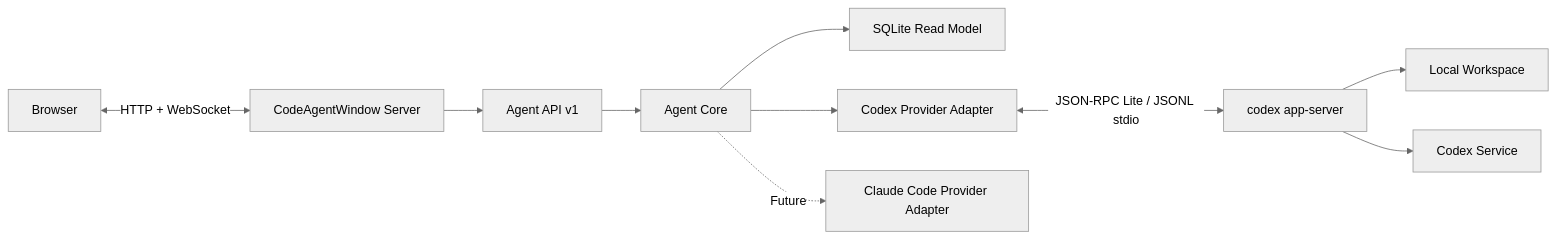
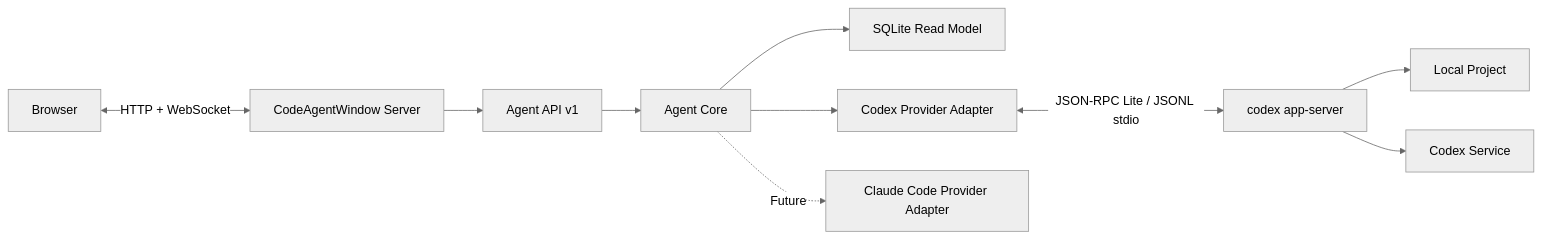
One commit to BryanHoo/CodeAgent changed the first of 2 diagrams in docs/architecture-design.md. Above: the diagram before and after it, drawn with Mermaid (neutral theme). The commit also changed other lines of this file and 39 other files, not shown here.

````diff
--- a/docs/architecture-design.md
+++ b/docs/architecture-design.md
@@ -139,12 +139,12 @@
 ```mermaid
 flowchart LR
     Browser["Browser"] <-->|"HTTP + WebSocket"| Server["CodeAgentWindow Server"]
     Server --> API["Agent API v1"]
     API --> Core["Agent Core"]
     Core --> Store["SQLite Read Model"]
     Core --> CodexAdapter["Codex Provider Adapter"]
     Core -. Future .-> ClaudeAdapter["Claude Code Provider Adapter"]
     CodexAdapter <-->|"JSON-RPC Lite / JSONL stdio"| AppServer["codex app-server"]
-    AppServer --> Workspace["Local Workspace"]
+    AppServer --> Project["Local Project"]
     AppServer --> CodexService["Codex Service"]
 ```
````
